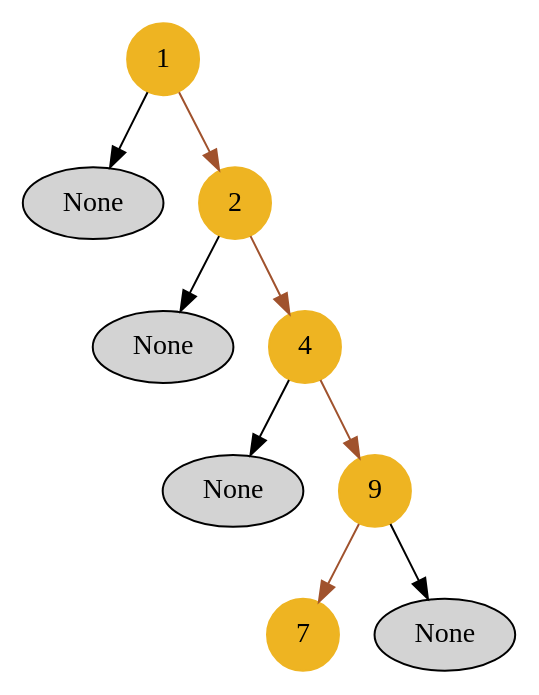
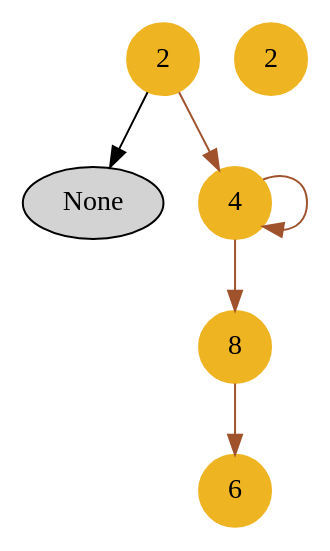
One commit to arunenigma/Graphs-Trees changed the diagram in tree.dot. Above: the diagram before and after it, drawn with Graphviz. The commit also changed 3 other files, not shown here.

```diff
--- a/tree.dot
+++ b/tree.dot
@@ -1,43 +1,34 @@
 strict digraph {
 	node [label="\N"];
 	1	 [color=goldenrod2,
-		label=1,
+		label=2,
 		shape=circle,
 		style=filled];
 	6	 [label=None,
 		style=filled];
 	1 -> 6	 [style=filled];
 	2	 [color=goldenrod2,
-		label=2,
+		label=4,
 		shape=circle,
 		style=filled];
 	1 -> 2	 [color=sienna,
 		style=filled];
-	7	 [label=None,
-		style=filled];
-	2 -> 7	 [style=filled];
 	3	 [color=goldenrod2,
-		label=4,
+		label=8,
 		shape=circle,
 		style=filled];
 	2 -> 3	 [color=sienna,
 		style=filled];
-	8	 [label=None,
+	2 -> 2	 [color=sienna,
 		style=filled];
-	3 -> 8	 [style=filled];
-	4	 [color=goldenrod2,
-		label=9,
+	5	 [color=goldenrod2,
+		label=6,
 		shape=circle,
 		style=filled];
-	3 -> 4	 [color=sienna,
+	3 -> 5	 [color=sienna,
 		style=filled];
-	5	 [color=goldenrod2,
-		label=7,
+	4	 [color=goldenrod2,
+		label=2,
 		shape=circle,
 		style=filled];
-	4 -> 5	 [color=sienna,
-		style=filled];
-	9	 [label=None,
-		style=filled];
-	4 -> 9	 [style=filled];
 }
```
